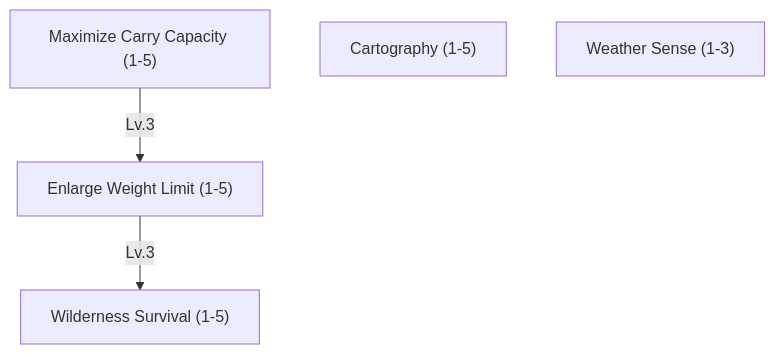
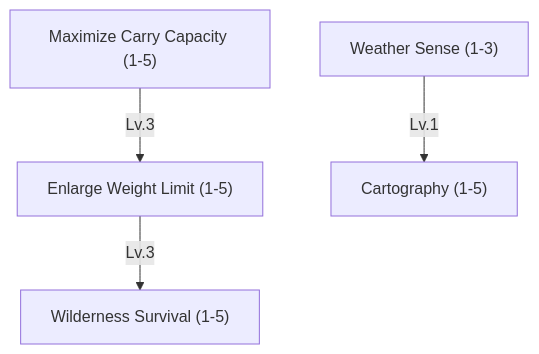
The eighth of 14 diagrams in content/docs/mechanics/master.md (tfelix/bestia-docs), drawn with Mermaid before and after one commit. The commit also changed other lines of this file and 1 other file, not shown here.

````diff
--- a/content/docs/mechanics/master.md
+++ b/content/docs/mechanics/master.md
@@ -414,11 +602,12 @@
 ```mermaid
 graph TD
     MaximizeCarryCapacity["Maximize Carry Capacity (1-5)"]
     EnlargeWeightLimit["Enlarge Weight Limit (1-5)"]
     Cartography["Cartography (1-5)"]
     WildernessSurvival["Wilderness Survival (1-5)"]
     WeatherSense["Weather Sense (1-3)"]
 
     MaximizeCarryCapacity -->|Lv.3| EnlargeWeightLimit
     EnlargeWeightLimit -->|Lv.3| WildernessSurvival
+    WeatherSense -->|Lv.1| Cartography
 ```
````
